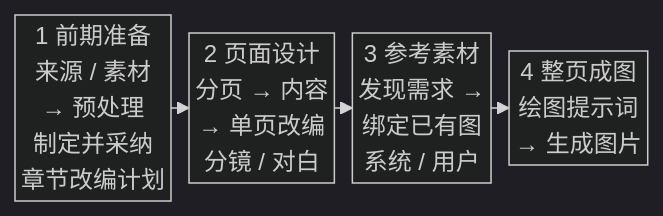
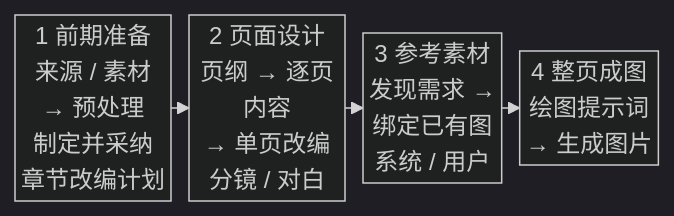
The seventh of 18 diagrams in README.md (GTJasonMK/A4N), drawn with Mermaid (dark theme) before and after one commit. The commit also changed 63 other files, not shown here.

````diff
--- a/README.md
+++ b/README.md
@@ -176,13 +176,13 @@
 ```mermaid
 ---
 config:
   flowchart: { nodeSpacing: 16, rankSpacing: 12, padding: 2, wrappingWidth: 96 }
 ---
 flowchart LR
   accTitle: 漫画从故事来源到整页成图的制作流程
-  accDescr: 来源与素材先经过漫画预处理和章节改编计划采纳，再分页并准备每页内容和单页改编，之后制作分镜、发现参考图、编写提示词和生成整页图片。
+  accDescr: 来源与素材先经过漫画预处理和章节改编计划采纳，沿用已采用页数生成轻量页纲，再逐页生成内容和单页改编，之后制作分镜、发现参考图、编写提示词和生成整页图片。
   source["1 前期准备<br/>来源 / 素材<br/>→ 预处理<br/>制定并采纳<br/>章节改编计划"]
-  source --> pages["2 页面设计<br/>分页 → 内容<br/>→ 单页改编<br/>分镜 / 对白"]
+  source --> pages["2 页面设计<br/>页纲 → 逐页内容<br/>→ 单页改编<br/>分镜 / 对白"]
   pages --> references["3 参考素材<br/>发现需求 →<br/>绑定已有图<br/>系统 / 用户"]
   references --> image["4 整页成图<br/>绘图提示词<br/>→ 生成图片"]
 ```
````
